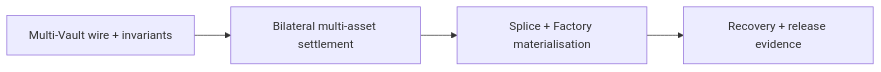
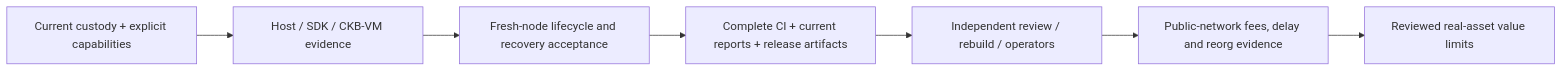
Before and after one commit to Morph-Channel-Network/Morph: the diagram in docs/roadmap.md, drawn with Mermaid. The commit also changed other lines of this file and 175 other files, not shown here.

Commit message:
Unify custody and migrate typed channel and Factory capabilities

````diff
--- a/docs/roadmap.md
+++ b/docs/roadmap.md
@@ -72,6 +12,9 @@
 ```mermaid
 flowchart LR
-    A["Multi-Vault wire + invariants"] --> B["Bilateral multi-asset settlement"]
-    B --> C["Splice + Factory materialisation"]
-    C --> D["Recovery + release evidence"]
+  C["Current custody + explicit capabilities"] --> H["Host / SDK / CKB-VM evidence"]
+  H --> N["Fresh-node lifecycle and recovery acceptance"]
+  N --> R["Complete CI + current reports + release artifacts"]
+  R --> I["Independent review / rebuild / operators"]
+  I --> P["Public-network fees, delay and reorg evidence"]
+  P --> V["Reviewed real-asset value limits"]
 ```
````
